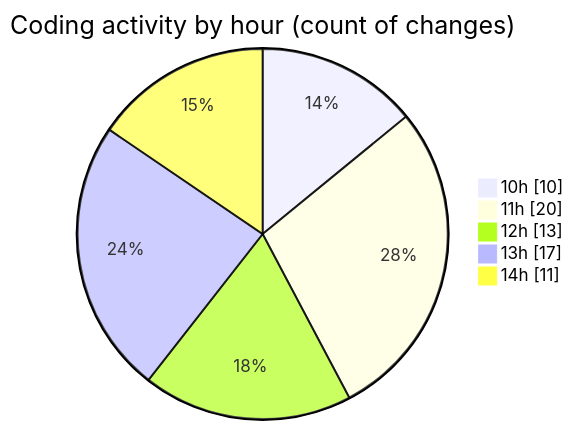
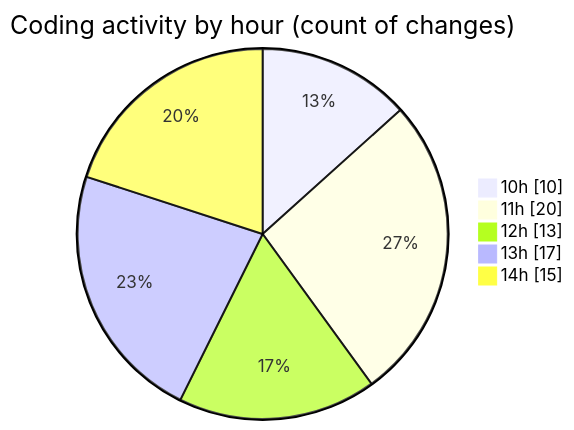
The second of 2 diagrams in 2025-03-31/jsvms/README.md (BS-eng2023/code-tracking), drawn with Mermaid before and after one commit. The commit also changed other lines of this file and 1 other file, not shown here.

````diff
--- a/2025-03-31/jsvms/README.md
+++ b/2025-03-31/jsvms/README.md
@@ -57,9 +58,9 @@
 ```mermaid
 pie showData
 title Coding activity by hour (count of changes)
 "10h" : 10
 "11h" : 20
 "12h" : 13
 "13h" : 17
-"14h" : 11
+"14h" : 15
 ```
````
